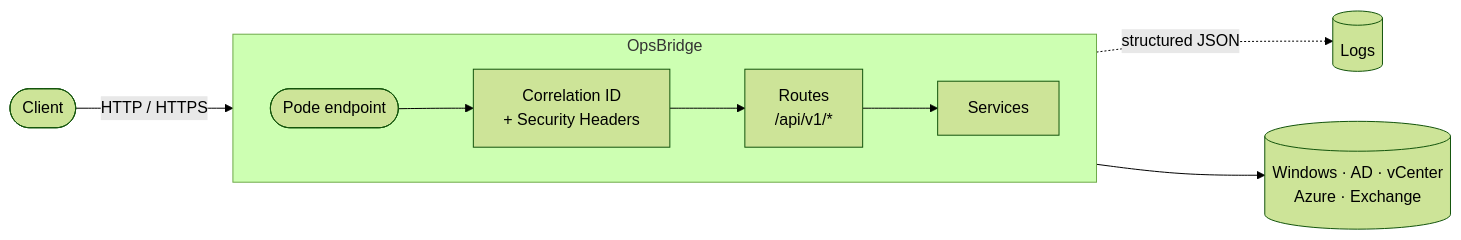
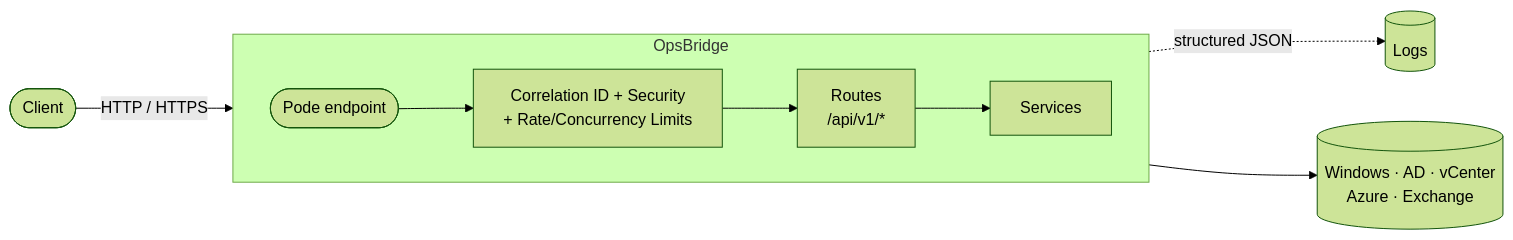
Before and after one commit to D4ri0Rookie/OpsBridge: the diagram in README.md, drawn with Mermaid (forest theme). The commit also changed other lines of this file and 26 other files, not shown here.

````diff
--- a/README.md
+++ b/README.md
@@ -20,14 +20,14 @@
 ```mermaid
 flowchart LR
     Client(["Client"]) -->|HTTP / HTTPS| Endpoint(["Pode endpoint"])
 
     subgraph API["OpsBridge"]
         direction LR
-        Endpoint --> MW["Correlation ID<br/>+ Security Headers"]
+        Endpoint --> MW["Correlation ID + Security<br/>+ Rate/Concurrency Limits"]
         MW --> Routes["Routes<br/>/api/v1/*"]
         Routes --> Services["Services"]
     end
 
     MW -.->|structured JSON| Logs[("Logs")]
     Services --> Ext[("Windows · AD · vCenter<br/>Azure · Exchange")]
 ```
````
